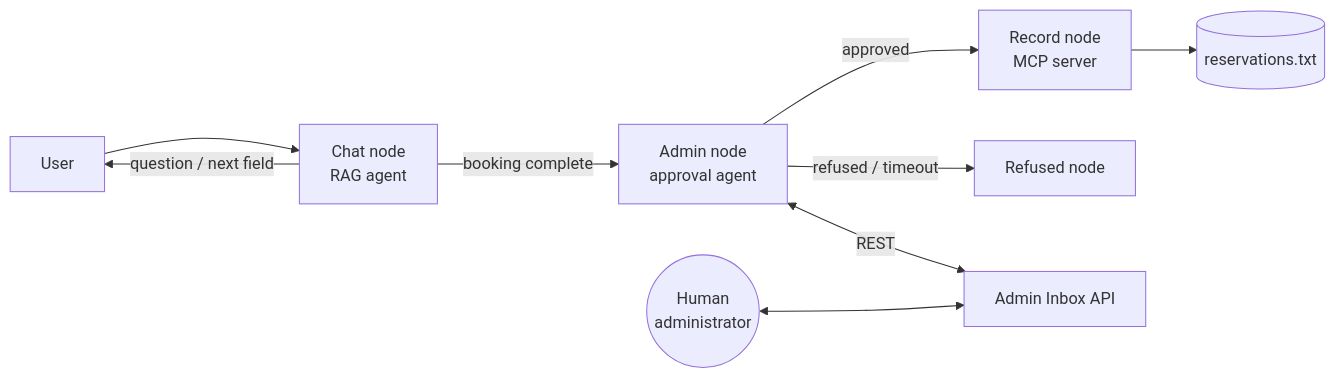
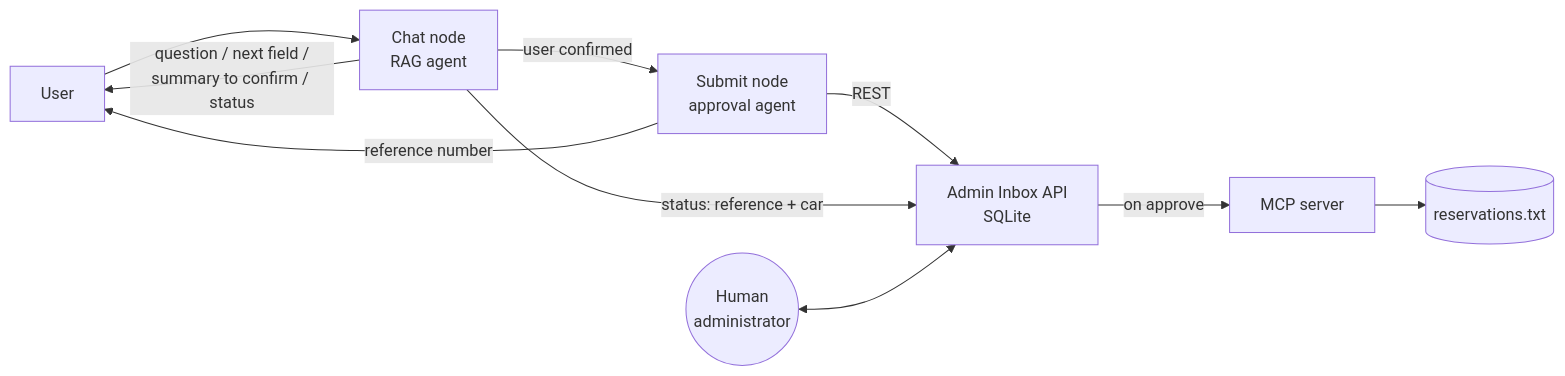
The first of 2 diagrams in README.md (tdivyaanandan07/parking-chatbot), drawn with Mermaid before and after one commit. The commit also changed other lines of this file and 16 other files, not shown here.

First line of the commit message:
Confirm reservations, issue reference numbers, add status checks

````diff
--- a/README.md
+++ b/README.md
@@ -50,11 +52,12 @@
 ```mermaid
 flowchart LR
     U[User] --> C[Chat node<br/>RAG agent]
-    C -->|question / next field| U
-    C -->|booking complete| A[Admin node<br/>approval agent]
-    A -->|approved| R[Record node<br/>MCP server]
-    A -->|refused / timeout| F[Refused node]
-    R --> FILE[(reservations.txt)]
-    A <-->|REST| API[Admin Inbox API]
+    C -->|question / next field /<br/>summary to confirm / status| U
+    C -->|user confirmed| S[Submit node<br/>approval agent]
+    S -->|reference number| U
+    S -->|REST| API[Admin Inbox API<br/>SQLite]
+    C -->|status: reference + car| API
     ADMIN((Human<br/>administrator)) <--> API
+    API -->|on approve| M[MCP server]
+    M --> FILE[(reservations.txt)]
 ```
````
